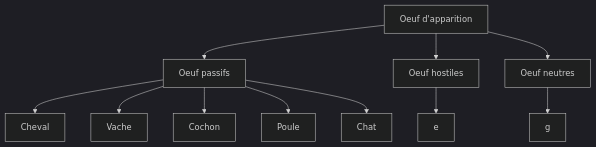
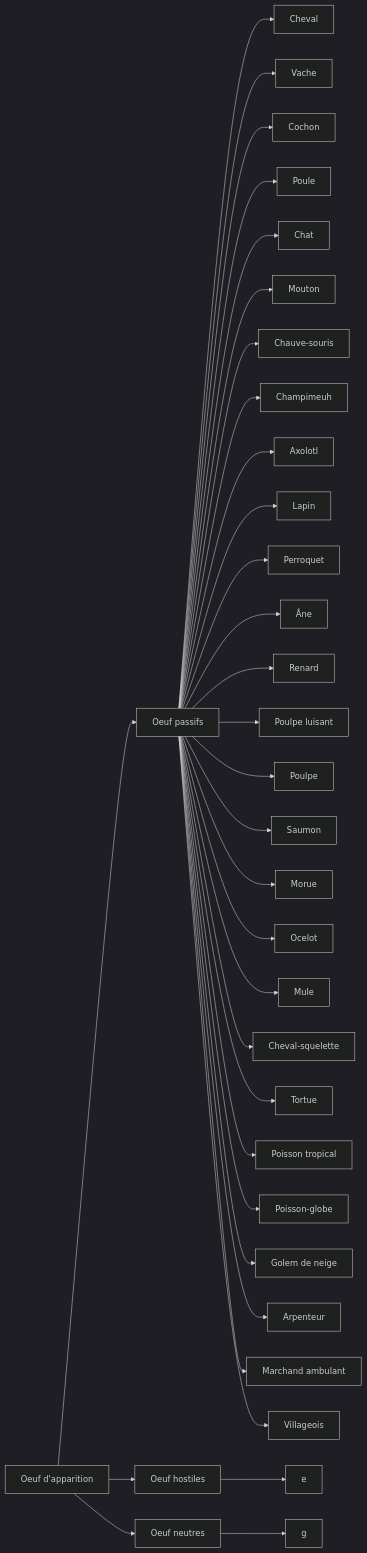
The diagram in docs/items_minecraft.md (Timothee-VanDenBosch/minecraft-skyblock), drawn with Mermaid (dark theme) before and after one commit. The commit also changed 2 other files, not shown here.

````diff
--- a/docs/items_minecraft.md
+++ b/docs/items_minecraft.md
@@ -1,17 +1,37 @@
 ```mermaid
 
-flowchart TB
+flowchart LR
     a[Oeuf d'apparition] --> c[Oeuf passifs]
-    a --> b[Oeuf hostiles]
+    a --> b[Oeuf hostiles] 
     a --> d[Oeuf neutres]
     b --> e
     d --> g
-    c --> 1[Cheval]
+    c --> 1[Cheval] 
     c --> 2[Vache]
     c --> 3[Cochon]
     c --> 4[Poule]
     c --> 5[Chat]
-
-    
+    c --> 6[Mouton]
+    c --> 7[Chauve-souris]
+    c --> 8[Champimeuh]
+    c --> 9[Axolotl]
+    c --> 10[Lapin]
+    c --> 11[Perroquet]
+    c --> 12[Âne]
+    c --> 13[Renard]
+    c --> 14[Poulpe luisant]
+    c --> 15[Poulpe]
+    c --> 16[Saumon]
+    c --> 17[Morue]
+    c --> 18[Ocelot]
+    c --> 19[Mule]
+    c --> 20[Cheval-squelette]
+    c --> 21[Tortue]
+    c --> 22[Poisson tropical]
+    c --> 23[Poisson-globe]
+    c --> 24[Golem de neige]
+    c --> 25[Arpenteur]
+    c --> 26[Marchand ambulant]
+    c --> 27[Villageois]
     
 ```
````
